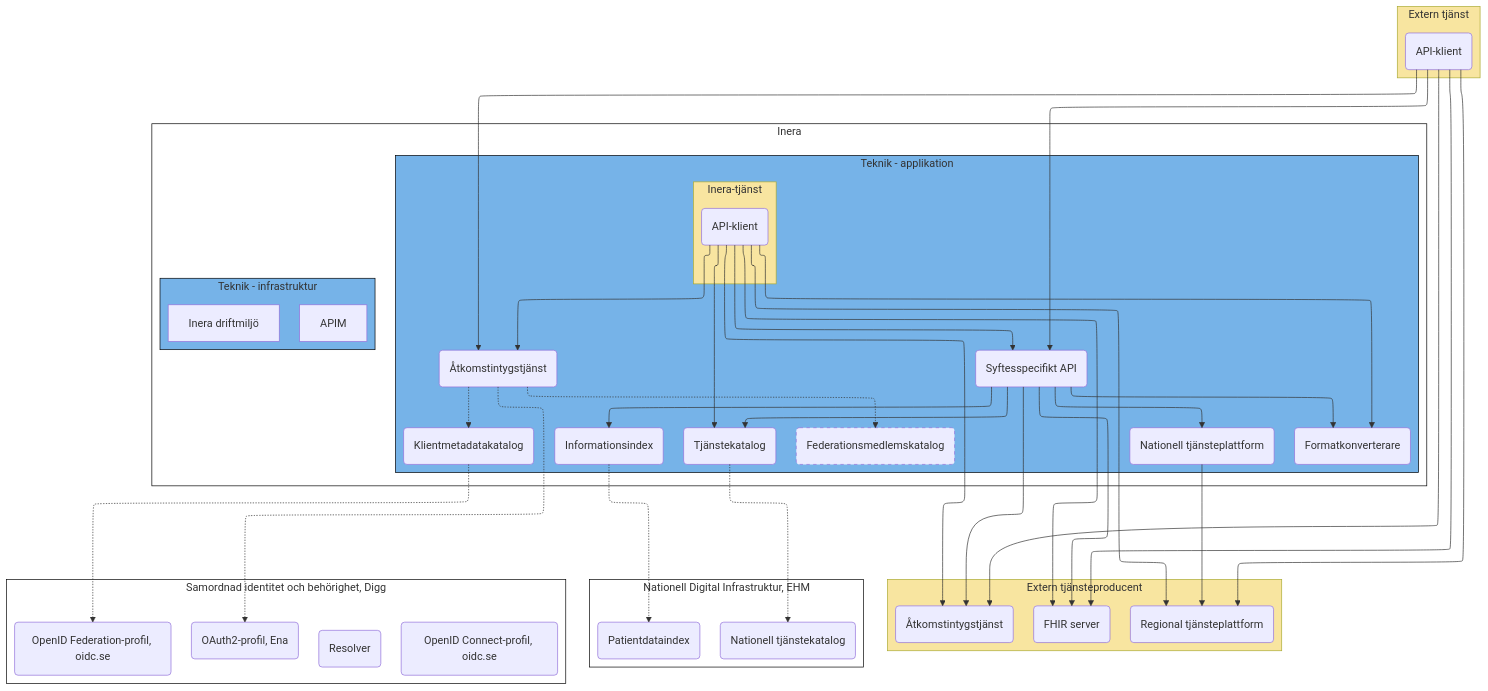
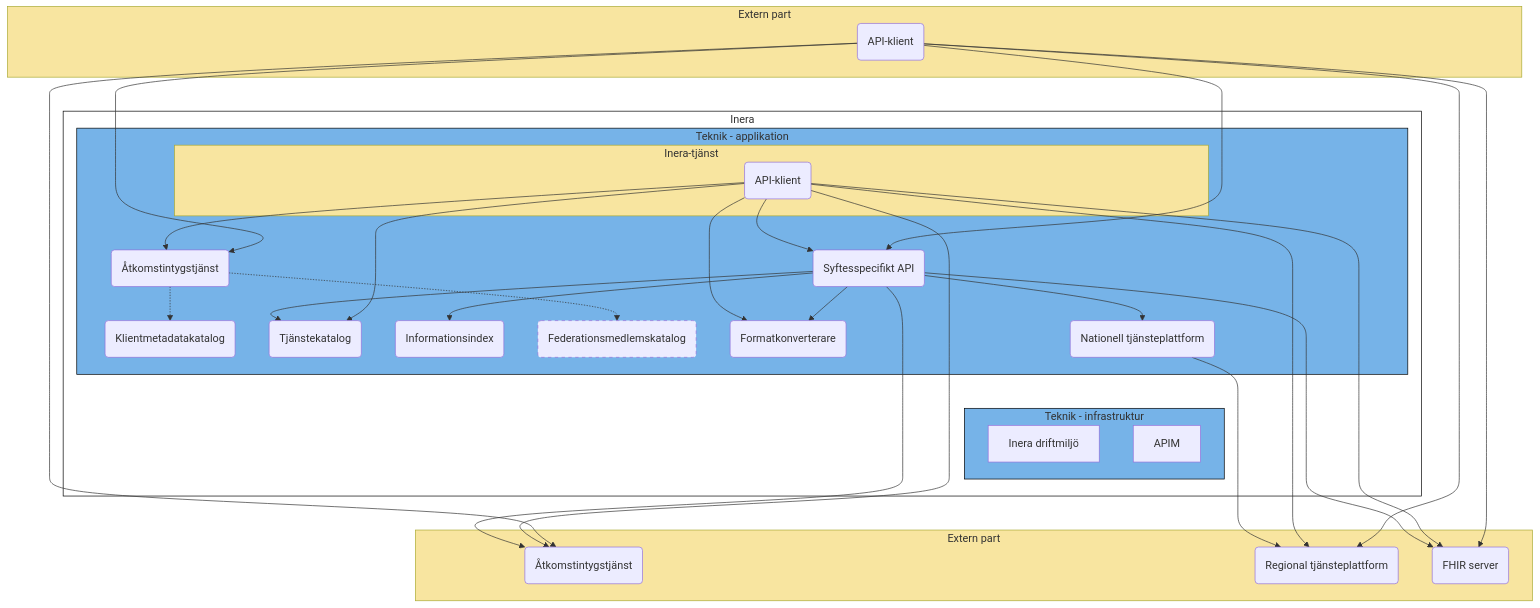
One commit to anders-malmros-inera/t2mmd changed the first of 4 diagrams in T2-krav/solution.md. Above: the diagram before and after it, drawn with Mermaid. The commit also changed other lines of this file, not shown here.

Commit message:
Update solution architecture for improved clarity and structure. Moved dependencies to NDI and SIB to separate chart

````diff
--- a/T2-krav/solution.md
+++ b/T2-krav/solution.md
@@ -3,6 +3,6 @@
 ```mermaid
 graph TB
-%%{init: {"flowchart": {"defaultRenderer": "elk"}} }%%
+%%{init: {"flowchart": {"defaultRenderer": "elk2"}} }%%
 
 subgraph inera[Inera]
 
@@ -30,33 +30,17 @@
     end
 end
 
-subgraph tk[Extern tjänst]
+subgraph tk[Extern part]
     tkc(API-klient)
 end
 
-subgraph tp[Extern tjänsteproducent]
+subgraph tp[Extern part]
     tpas(Åtkomstintygstjänst)
     tprtp(Regional tjänsteplattform)
     tpfs(FHIR server)
 end
 
-subgraph ndi[Nationell Digital Infrastruktur, EHM]
-    ntk(Nationell tjänstekatalog)
-    pdi(Patientdataindex)
-end
-
-subgraph sib[Samordnad identitet och behörighet, Digg]
-    res(Resolver)
-    oi(OpenID Connect-profil, oidc.se)
-    o2(OAuth2-profil, Ena)
-    of(OpenID Federation-profil, oidc.se)
-end
-
 sias-.->sikk & sifmk
-sias -.-> o2
-sikk -.-> of
-sitk -.-> ntk
-siii -.-> pdi
 
 %% begär åtkomst
 itk1 -->sias & itp1
@@ -93,13 +77,14 @@
 style tk fill:#F8E5A0
 style itk fill:#F8E5A0
 style tp fill:#F8E5A0
-style ndi fill:#FFFFFF,stroke:#000000
-style sib fill:#FFFFFF,stroke:#000000
 style sifmk stroke-dasharray: 5 5
 
 
 %% Formatting for elk renderer
-sifmk ~~~ tpas
+%% sifmk ~~~ tpas
 
 %% Formatting for dagre (standard) renderer
+vp ~~~ infra
+tkc ~~~ itk
+APIM ~~~ tp
 ```
````
